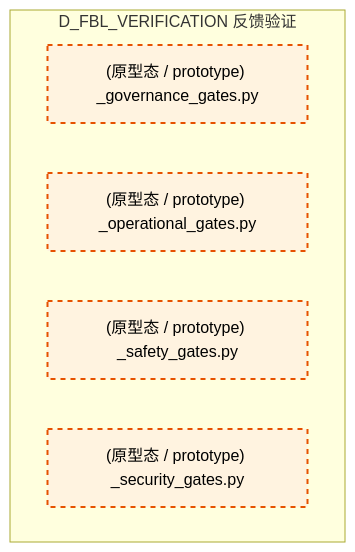
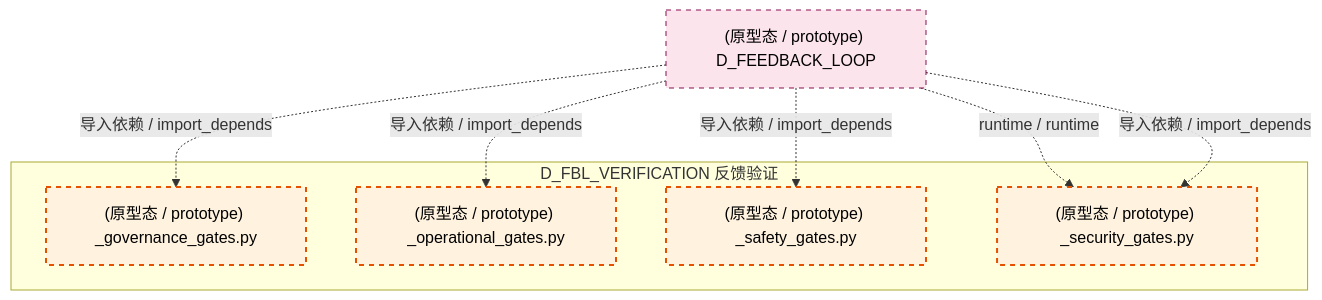
One commit to xuanFelixVan/ZephyrAlpha changed the fifth of 6 diagrams in docs/02_enterprise_architecture/02_domain_architecture_docs/13_d_fbl_verification.md. Above: the diagram before and after it, drawn with Mermaid. The commit also changed other lines of this file and 87 other files, not shown here.

````diff
--- a/docs/02_enterprise_architecture/02_domain_architecture_docs/13_d_fbl_verification.md
+++ b/docs/02_enterprise_architecture/02_domain_architecture_docs/13_d_fbl_verification.md
@@ -353,14 +416,21 @@
 ```mermaid
 graph TD
     subgraph D_FBL_VERIFICATION["D_FBL_VERIFICATION 反馈验证"]
         src_zephyr_feedback_loop_gates_governance_gates_py["(原型态 / prototype) _governance_gates.py"]
         src_zephyr_feedback_loop_gates_operational_gates_py["(原型态 / prototype) _operational_gates.py"]
         src_zephyr_feedback_loop_gates_safety_gates_py["(原型态 / prototype) _safety_gates.py"]
         src_zephyr_feedback_loop_gates_security_gates_py["(原型态 / prototype) _security_gates.py"]
     end
+    D_FEEDBACK_LOOP["(原型态 / prototype) D_FEEDBACK_LOOP"]
+    D_FEEDBACK_LOOP -.->|runtime / runtime| src_zephyr_feedback_loop_gates_security_gates_py
+    D_FEEDBACK_LOOP -.->|导入依赖 / import_depends| src_zephyr_feedback_loop_gates_safety_gates_py
+    D_FEEDBACK_LOOP -.->|导入依赖 / import_depends| src_zephyr_feedback_loop_gates_security_gates_py
+    D_FEEDBACK_LOOP -.->|导入依赖 / import_depends| src_zephyr_feedback_loop_gates_governance_gates_py
+    D_FEEDBACK_LOOP -.->|导入依赖 / import_depends| src_zephyr_feedback_loop_gates_operational_gates_py
     classDef production fill:#e1f5fe,stroke:#01579b,stroke-width:2px,color:#000
     classDef design fill:#fff3e0,stroke:#e65100,stroke-width:2px,color:#000,stroke-dasharray: 5 5
     classDef external_prod fill:#e8f5e9,stroke:#1b5e20,stroke-width:1px,color:#000
     classDef external_design fill:#fce4ec,stroke:#880e4f,stroke-width:1px,color:#000,stroke-dasharray: 5 5
     class src_zephyr_feedback_loop_gates_governance_gates_py,src_zephyr_feedback_loop_gates_operational_gates_py,src_zephyr_feedback_loop_gates_safety_gates_py,src_zephyr_feedback_loop_gates_security_gates_py design
+    class D_FEEDBACK_LOOP external_design
 ```
````
